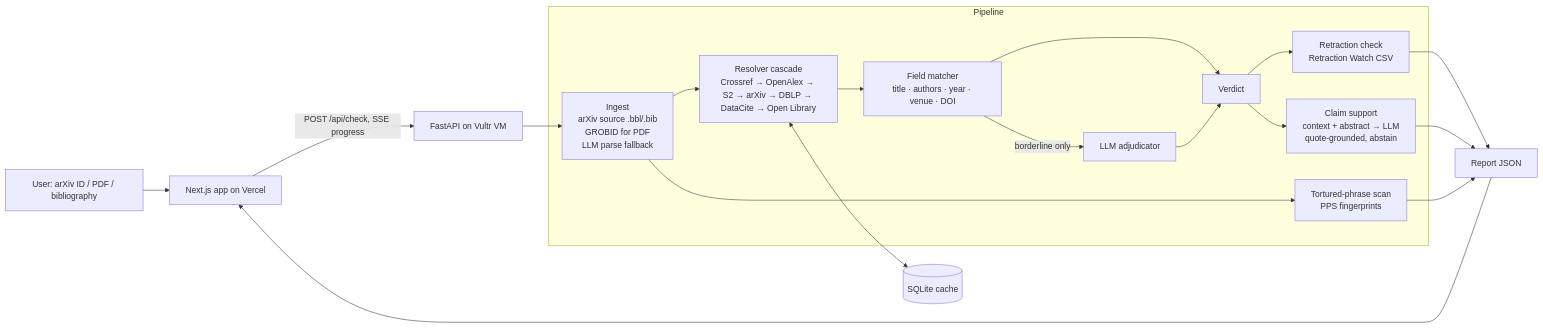
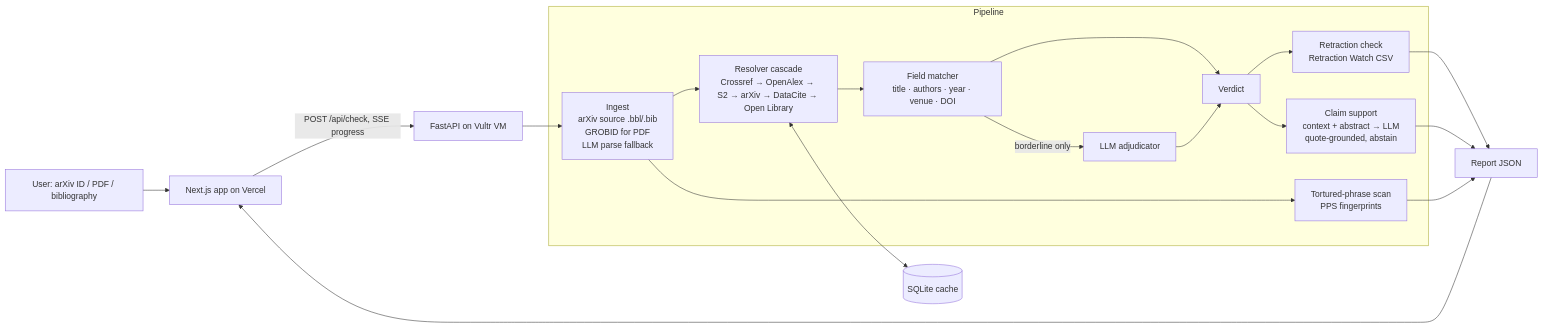
One commit to Priyanshu-byte-coder/vouch changed the diagram in docs/IMPLEMENTATION_PLAN.md. Above: the diagram before and after it, drawn with Mermaid. The commit also changed other lines of this file and 6 other files, not shown here.

````diff
--- a/docs/IMPLEMENTATION_PLAN.md
+++ b/docs/IMPLEMENTATION_PLAN.md
@@ -29,19 +29,19 @@
 ```mermaid
 flowchart LR
   U[User: arXiv ID / PDF / bibliography] --> FE[Next.js app on Vercel]
   FE -->|POST /api/check, SSE progress| API[FastAPI on Vultr VM]
   subgraph Pipeline
-    ING[Ingest\narXiv source .bbl/.bib\nGROBID for PDF\nLLM parse fallback] --> RES[Resolver cascade\nCrossref → OpenAlex → S2 → arXiv → DBLP → DataCite → Open Library]
+    ING[Ingest\narXiv source .bbl/.bib\nGROBID for PDF\nLLM parse fallback] --> RES[Resolver cascade\nCrossref → OpenAlex → S2 → arXiv → DataCite → Open Library]
     RES --> MATCH[Field matcher\ntitle · authors · year · venue · DOI]
     MATCH -->|borderline only| ADJ[LLM adjudicator]
     MATCH --> VER[Verdict]
     ADJ --> VER
     VER --> RET[Retraction check\nRetraction Watch CSV]
     VER --> CLM[Claim support\ncontext + abstract → LLM\nquote-grounded, abstain]
     ING --> TOR[Tortured-phrase scan\nPPS fingerprints]
   end
   API --> ING
   RET & CLM & TOR --> REP[Report JSON]
   REP --> FE
   RES <--> CACHE[(SQLite cache)]
 ```
````
